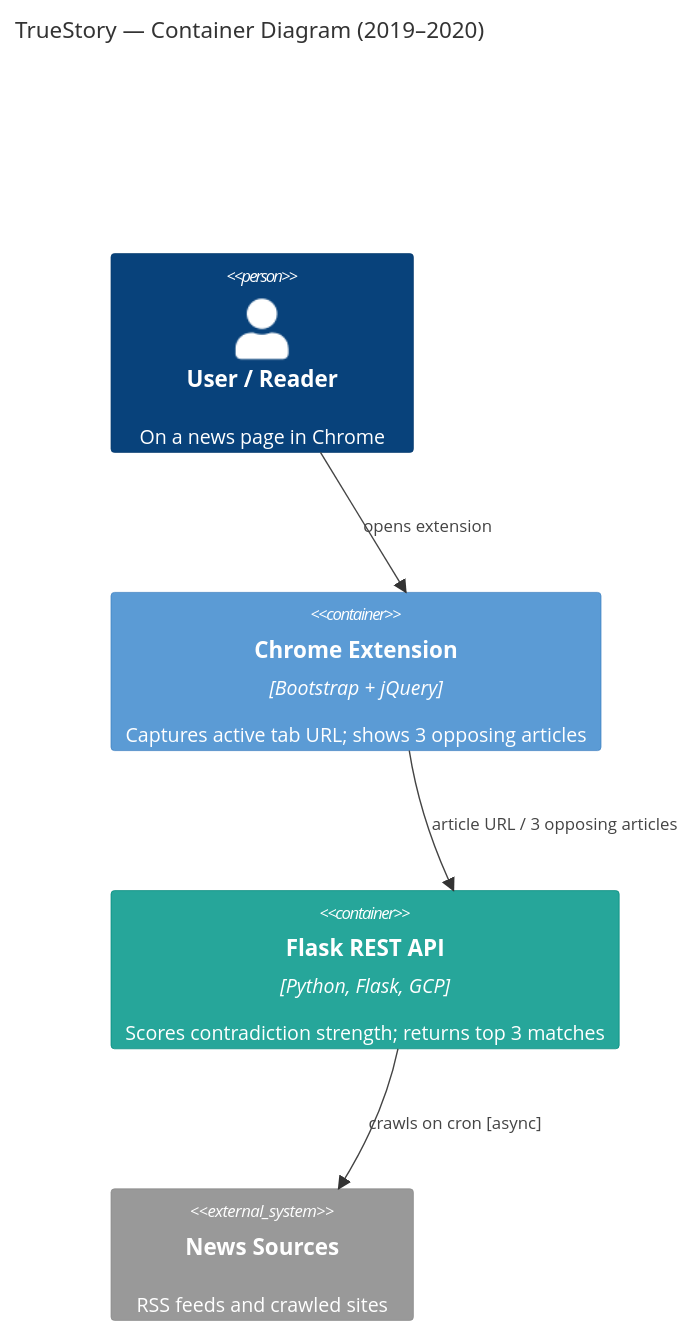
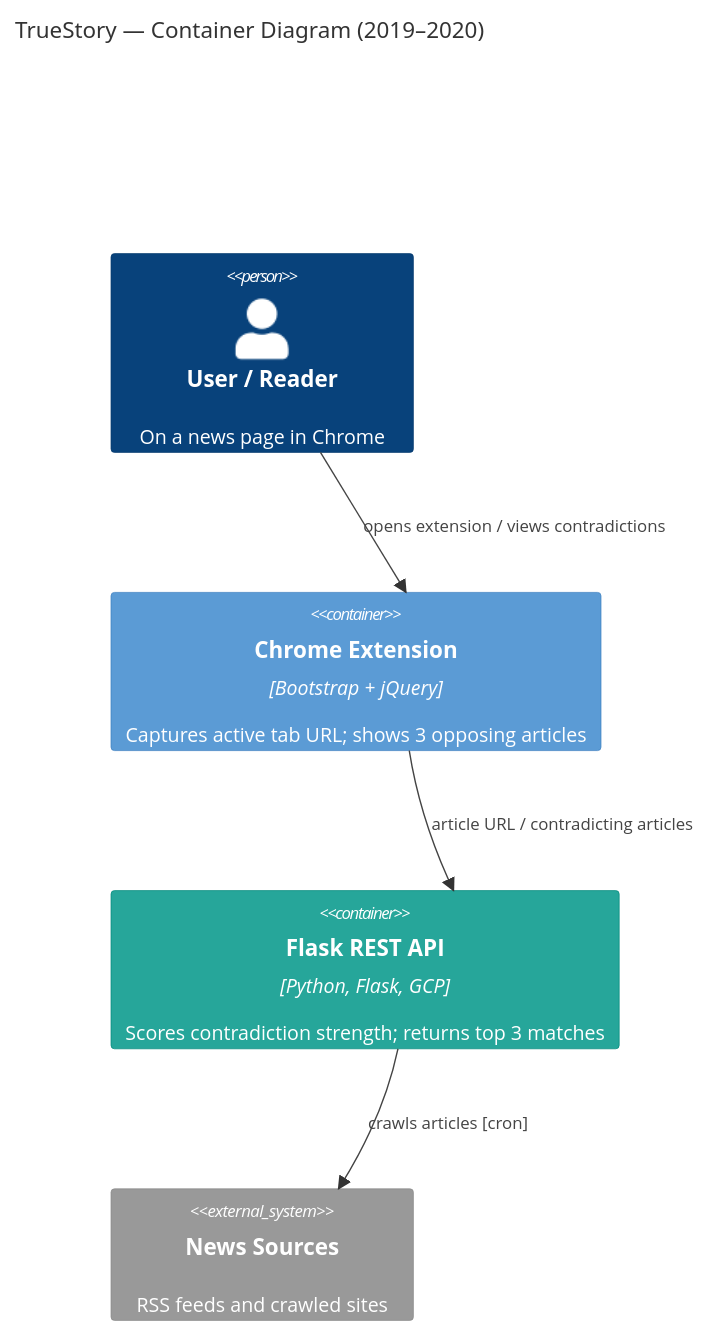
Before and after one commit to cmin764/portfolio: the diagram in src/diagrams/truestory.md, drawn with Mermaid. The commit also changed 1 other file, not shown here.

Commit message:
Fix TrueStory diagram

````diff
--- a/src/diagrams/truestory.md
+++ b/src/diagrams/truestory.md
@@ -3,18 +3,19 @@
 ```mermaid
 C4Container
   title TrueStory — Container Diagram (2019–2020)
 
   Person(user, "User / Reader", "On a news page in Chrome")
   Container(ext, "Chrome Extension", "Bootstrap + jQuery", "Captures active tab URL; shows 3 opposing articles")
   Container(api, "Flask REST API", "Python, Flask, GCP", "Scores contradiction strength; returns top 3 matches")
   System_Ext(news, "News Sources", "RSS feeds and crawled sites")
 
-  Rel(user, ext, "opens extension")
-  Rel(ext, api, "article URL / 3 opposing articles")
-  Rel(api, news, "crawls on cron [async]")
+  Rel(user, ext, "opens extension / views contradictions")
+  Rel(ext, api, "article URL / contradicting articles")
+  %% api→news: dashed line + filled arrowhead in export (cron dependency, not async queue)
+  Rel(api, news, "crawls articles [cron]")
 
   UpdateElementStyle(ext, $fontColor="#FFFFFF", $bgColor="#5B9BD5", $borderColor="#3C7FC0")
   UpdateElementStyle(api, $fontColor="#FFFFFF", $bgColor="#26A69A", $borderColor="#00897B")
 
   UpdateLayoutConfig($c4ShapeInRow="2", $c4BoundaryInRow="1")
 ```
````
